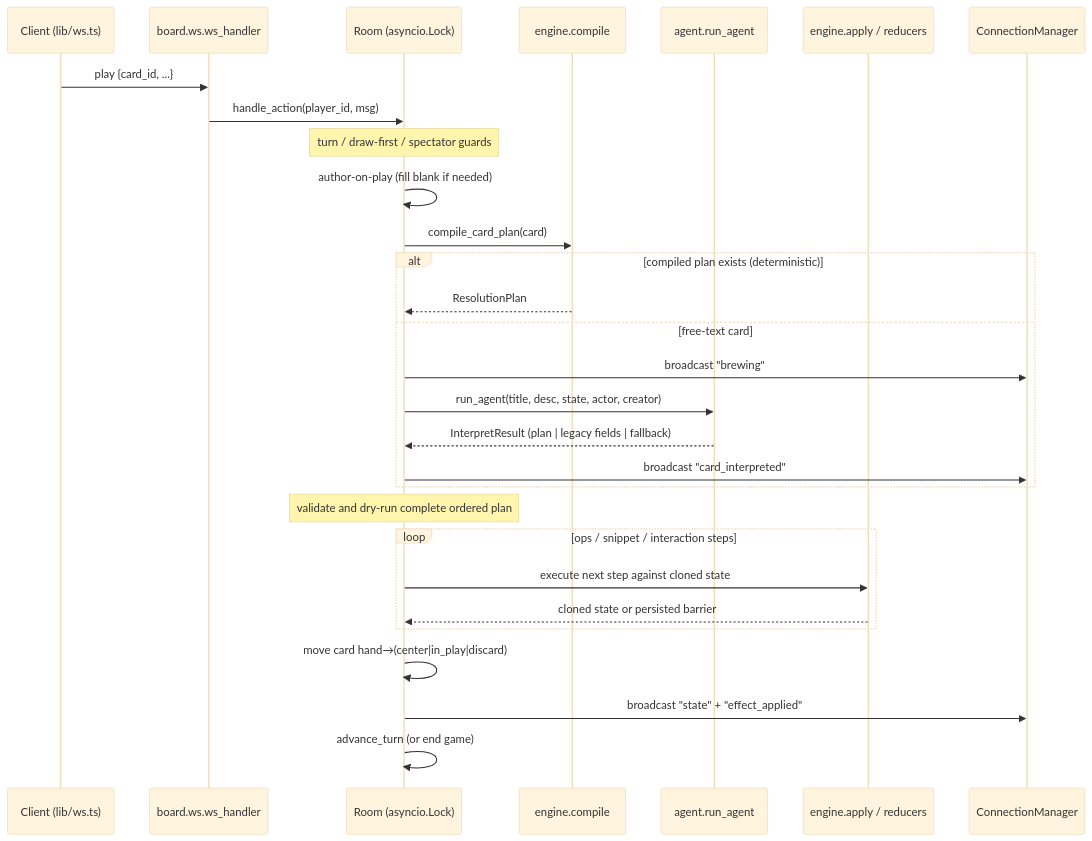
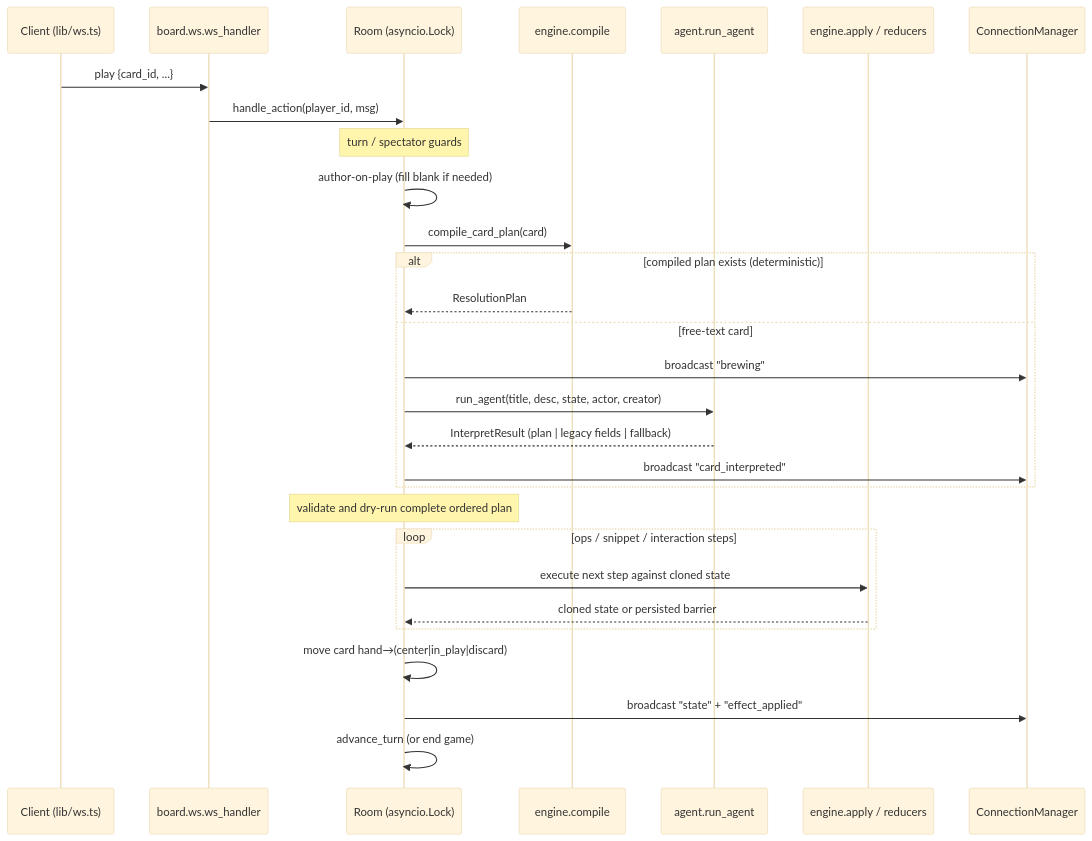
The third of 4 diagrams in docs/architecture.md (msharp9/a-thousand-blank-white-cards), drawn with Mermaid (base theme) before and after one commit. The commit also changed other lines of this file and 4 other files, not shown here.

````diff
--- a/docs/architecture.md
+++ b/docs/architecture.md
@@ -262,32 +262,32 @@
 ```mermaid
 sequenceDiagram
   participant C as Client (lib/ws.ts)
   participant WS as board.ws.ws_handler
   participant R as Room (asyncio.Lock)
   participant CO as engine.compile
   participant AG as agent.run_agent
   participant AP as engine.apply / reducers
   participant CM as ConnectionManager
 
   C->>WS: play {card_id, ...}
   WS->>R: handle_action(player_id, msg)
-  Note over R: turn / draw-first / spectator guards
+  Note over R: turn / spectator guards
   R->>R: author-on-play (fill blank if needed)
   R->>CO: compile_card_plan(card)
   alt compiled plan exists (deterministic)
     CO-->>R: ResolutionPlan
   else free-text card
     R->>CM: broadcast "brewing"
     R->>AG: run_agent(title, desc, state, actor, creator)
     AG-->>R: InterpretResult (plan | legacy fields | fallback)
     R->>CM: broadcast "card_interpreted"
   end
   Note over R: validate and dry-run complete ordered plan
   loop ops / snippet / interaction steps
     R->>AP: execute next step against cloned state
     AP-->>R: cloned state or persisted barrier
   end
   R->>R: move card hand→(center|in_play|discard)
   R->>CM: broadcast "state" + "effect_applied"
   R->>R: advance_turn (or end game)
 ```
````
